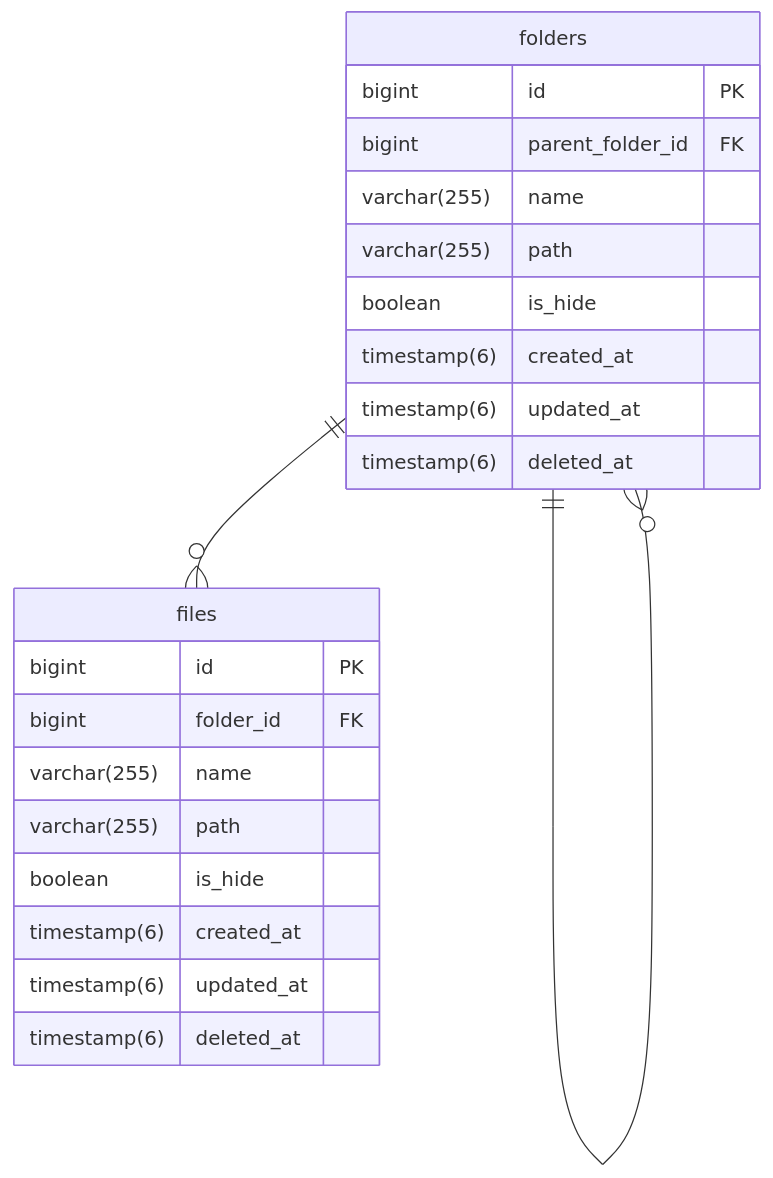
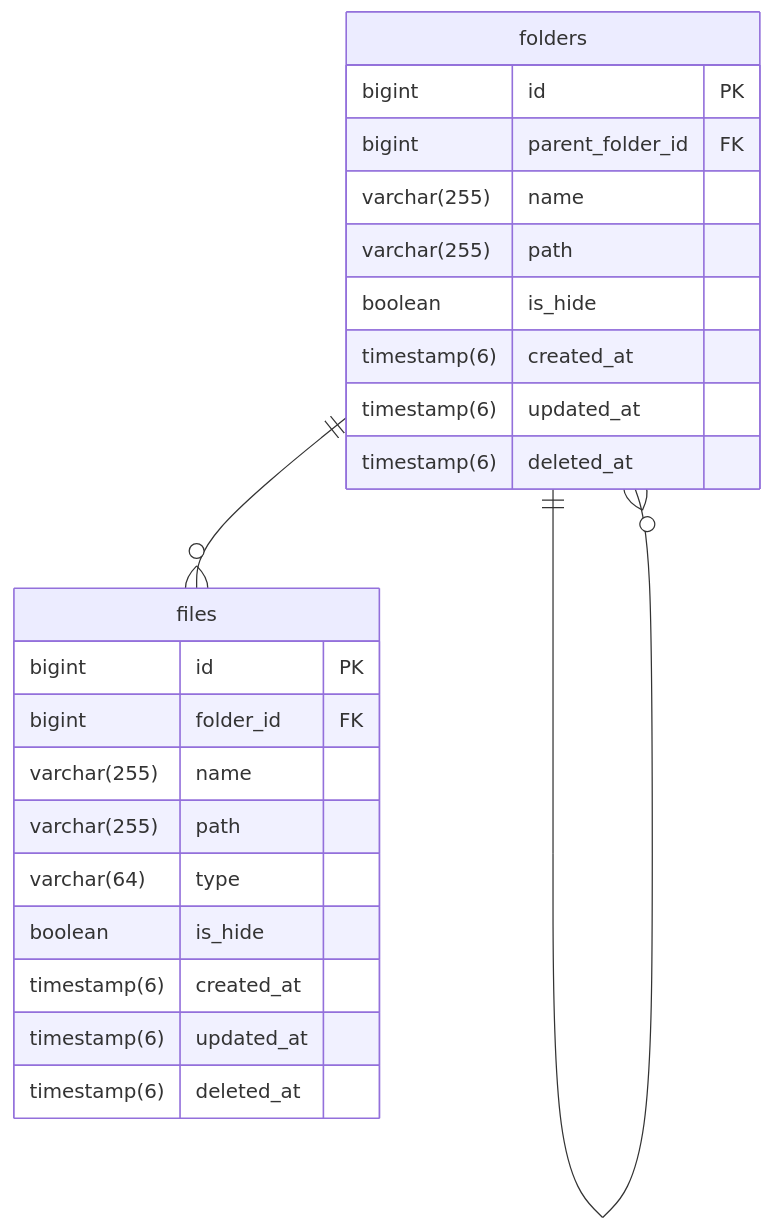
Before and after one commit to atsumarukun/file-server: the diagram in docs/er-diagram.md, drawn with Mermaid. The commit also changed other lines of this file and 1 other file, not shown here.

Commit message:
update: ファイルにタイプを追加

````diff
--- a/docs/er-diagram.md
+++ b/docs/er-diagram.md
@@ -3,28 +3,29 @@
 ```mermaid
 erDiagram
 
 folders {
     bigint id PK
     bigint parent_folder_id FK
     varchar(255) name
     varchar(255) path
     boolean is_hide
     timestamp(6) created_at
     timestamp(6) updated_at
     timestamp(6) deleted_at
 }
 
 files {
     bigint id PK
     bigint folder_id FK
     varchar(255) name
     varchar(255) path
+    varchar(64) type
     boolean is_hide
     timestamp(6) created_at
     timestamp(6) updated_at
     timestamp(6) deleted_at
 }
 
 folders ||--o{ folders: ""
 folders ||--o{ files: ""
 ```
````
